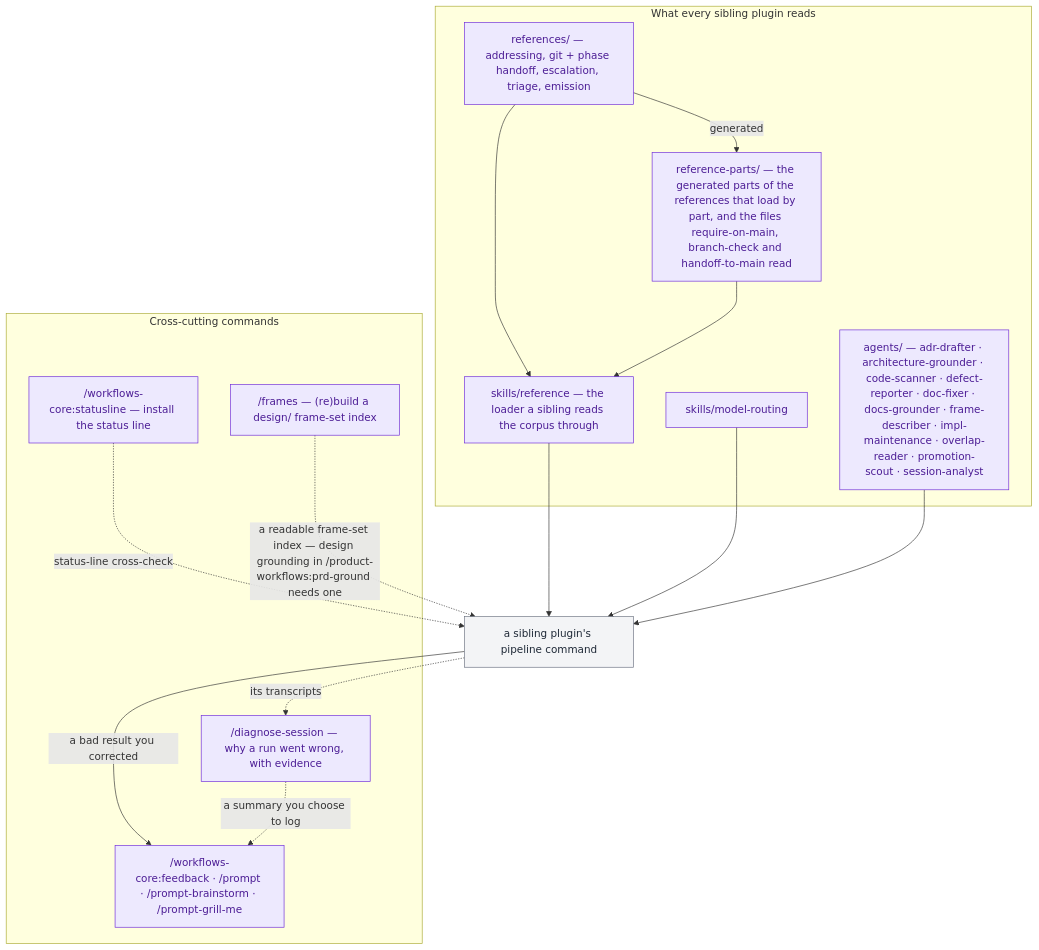
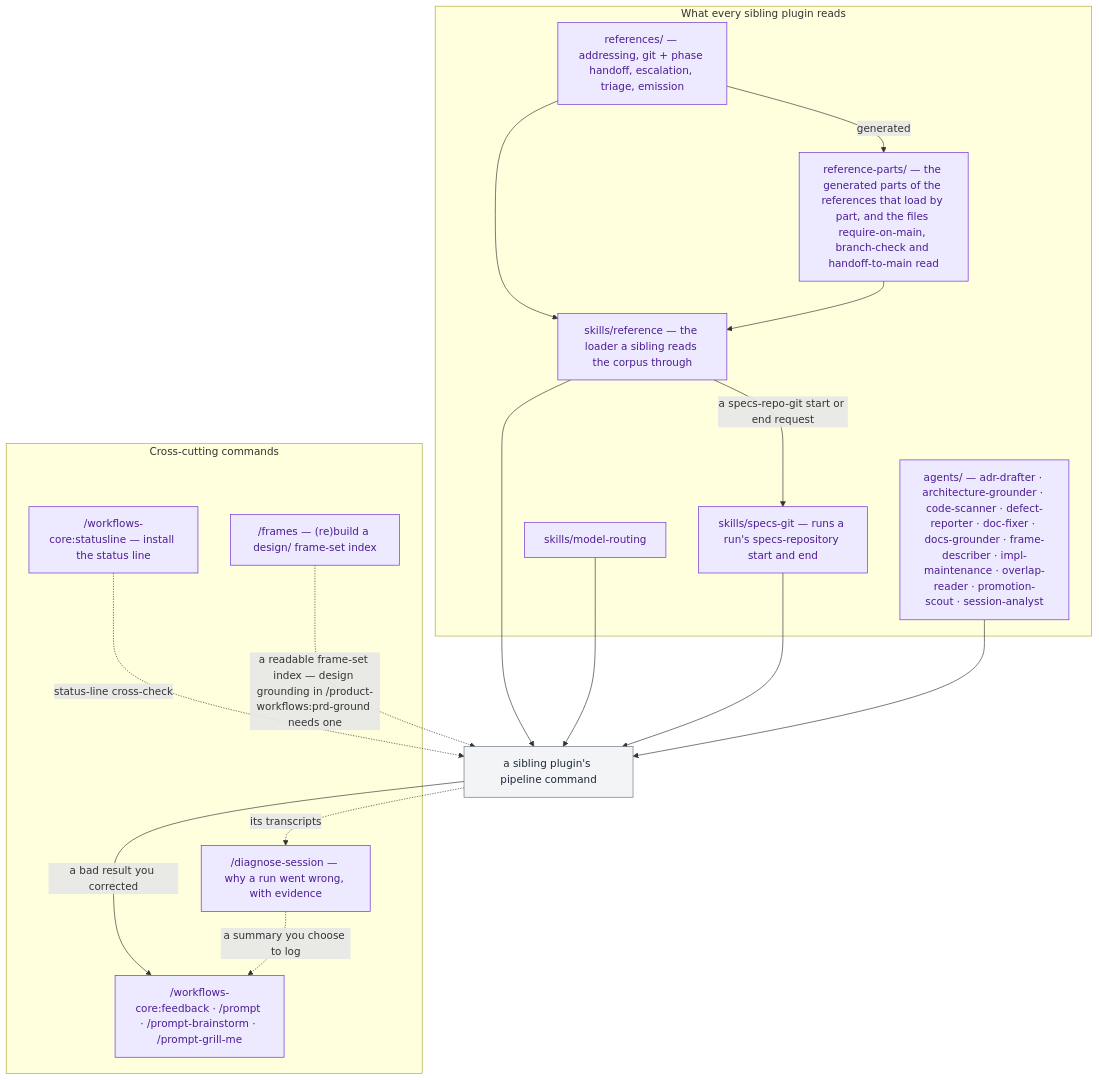
The diagram in plugins/workflows-core/docs/workflow.md (ihudak/ai-workflows), drawn with Mermaid before and after one commit. The commit also changed other lines of this file and 27 other files, not shown here.

````diff
--- a/plugins/workflows-core/docs/workflow.md
+++ b/plugins/workflows-core/docs/workflow.md
@@ -5,32 +5,35 @@
 ```mermaid
 flowchart TD
     subgraph CORPUS["What every sibling plugin reads"]
         refs["references/ — addressing, git + phase handoff, escalation, triage, emission"]:::core
         parts["reference-parts/ — the generated parts of the references that load by part, and the files require-on-main, branch-check and handoff-to-main read"]:::core
         loader["skills/reference — the loader a sibling reads the corpus through"]:::core
         skill["skills/model-routing"]:::core
+        specsgit["skills/specs-git — runs a run's specs-repository start and end"]:::core
         agents["agents/ — adr-drafter · architecture-grounder · code-scanner · defect-reporter · doc-fixer · docs-grounder · frame-describer · impl-maintenance · overlap-reader · promotion-scout · session-analyst"]:::core
     end
     subgraph CROSS["Cross-cutting commands"]
         setup["/workflows-core:statusline — install the status line"]:::core
         repair["/frames — (re)build a design/ frame-set index"]:::core
         improve["/workflows-core:feedback · /prompt · /prompt-brainstorm · /prompt-grill-me"]:::core
         diagnose["/diagnose-session — why a run went wrong, with evidence"]:::core
     end
     pipeline["a sibling plugin's pipeline command"]:::other
 
     refs --> loader
     refs -->|generated| parts
     parts --> loader
     loader --> pipeline
+    loader -->|"a specs-repo-git start or end request"| specsgit
     skill --> pipeline
+    specsgit --> pipeline
     agents --> pipeline
     pipeline -->|a bad result you corrected| improve
     pipeline -.->|its transcripts| diagnose
     diagnose -.->|a summary you choose to log| improve
     setup -.->|status-line cross-check| pipeline
     repair -.->|"a readable frame-set index — design grounding in /product-workflows:prd-ground needs one"| pipeline
 
     classDef core fill:#ede9fe,stroke:#6d28d9,color:#4c1d95
     classDef other fill:#f3f4f6,stroke:#6b7280,color:#1f2937
 ```
````
